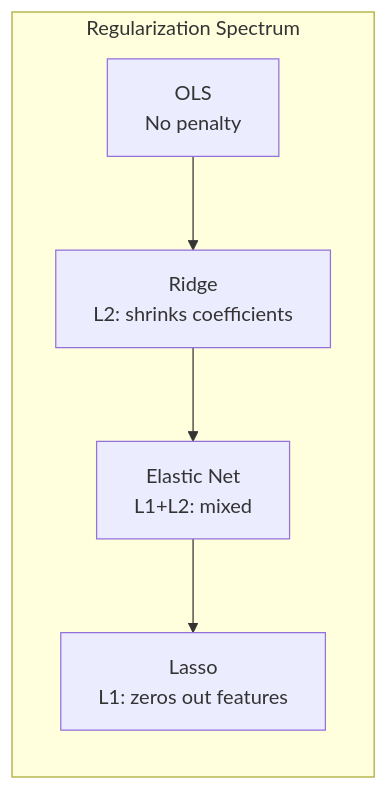
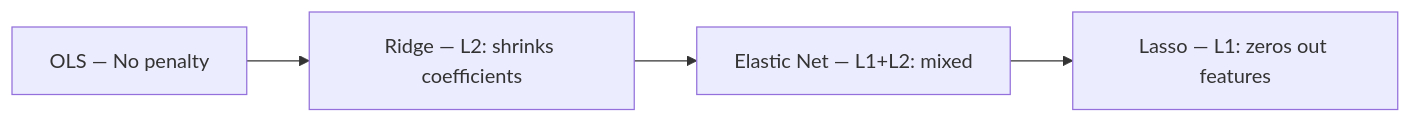
Before and after one commit to equalfm3/MLCLASSICALIMPLEMENTATION: the third of 6 diagrams in README.md, drawn with Mermaid. The commit also changed other lines of this file, not shown here.

Commit message:
Fix mermaid: remove subgraphs and style directives for GitHub rendering

````diff
--- a/README.md
+++ b/README.md
@@ -70,8 +58,6 @@
 ```mermaid
 graph LR
-    subgraph Regularization Spectrum
-        A[OLS<br/>No penalty] --> B[Ridge<br/>L2: shrinks coefficients]
-        B --> C[Elastic Net<br/>L1+L2: mixed]
-        C --> D[Lasso<br/>L1: zeros out features]
-    end
+    A["OLS — No penalty"] --> B["Ridge — L2: shrinks coefficients"]
+    B --> C["Elastic Net — L1+L2: mixed"]
+    C --> D["Lasso — L1: zeros out features"]
 ```
````
